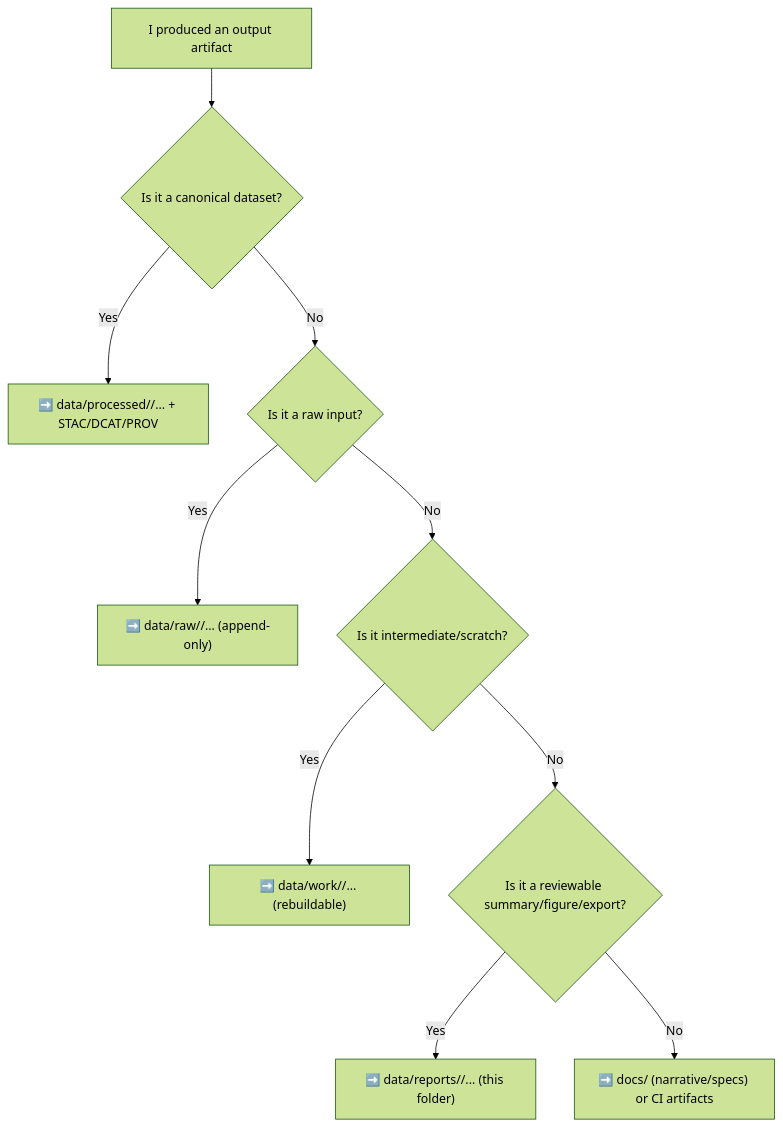
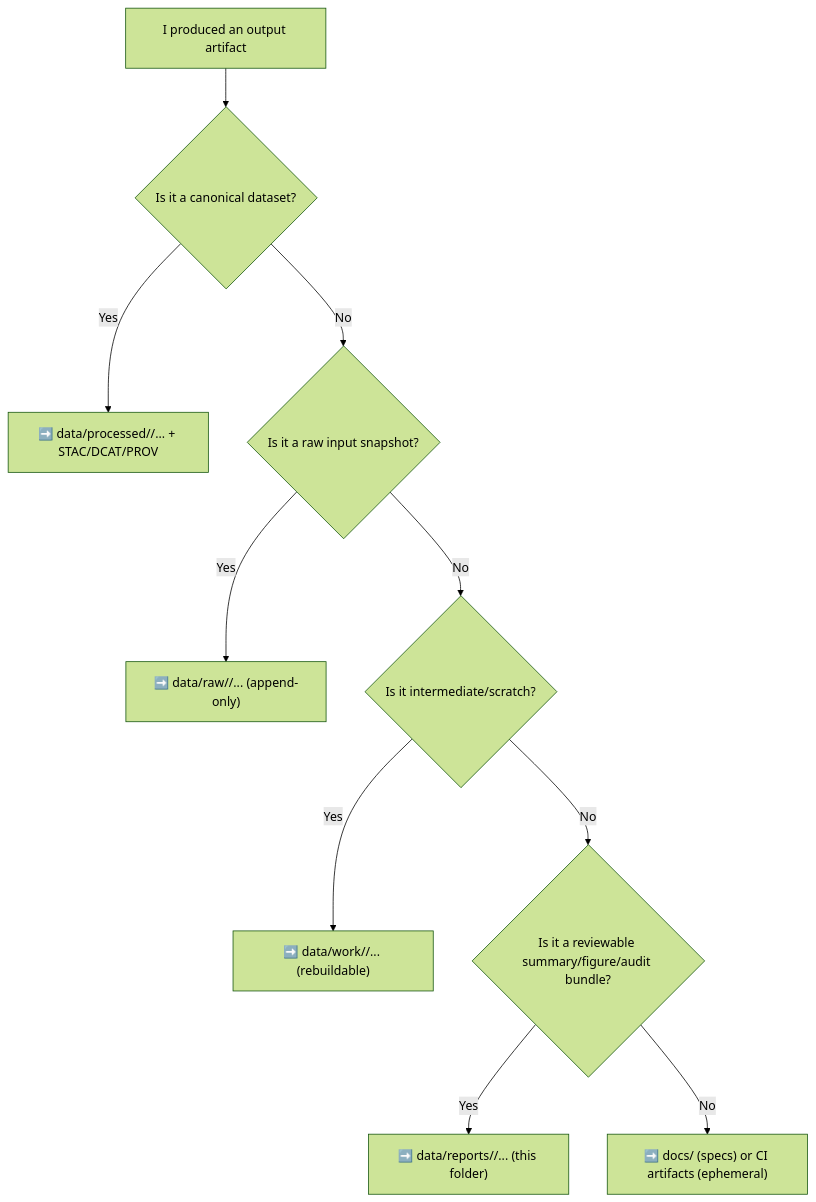
One commit to bartytime4life/Kansas-Frontier-Matrix changed the second of 2 diagrams in data/reports/README.md. Above: the diagram before and after it, drawn with Mermaid (forest theme). The commit also changed other lines of this file, not shown here.

````diff
--- a/data/reports/README.md
+++ b/data/reports/README.md
@@ -122,12 +140,12 @@
 ```mermaid
 flowchart TB
   A["I produced an output artifact"] --> B{Is it a canonical dataset?}
   B -->|Yes| C["➡️ data/processed/<domain>/... + STAC/DCAT/PROV"]
-  B -->|No| D{Is it a raw input?}
+  B -->|No| D{Is it a raw input snapshot?}
   D -->|Yes| E["➡️ data/raw/<domain>/... (append-only)"]
   D -->|No| F{Is it intermediate/scratch?}
   F -->|Yes| G["➡️ data/work/<domain>/... (rebuildable)"]
-  F -->|No| H{Is it a reviewable summary/figure/export?}
+  F -->|No| H{Is it a reviewable summary/figure/audit bundle?}
   H -->|Yes| I["➡️ data/reports/<domain>/... (this folder)"]
-  H -->|No| J["➡️ docs/ (narrative/specs) or CI artifacts"]
+  H -->|No| J["➡️ docs/ (specs) or CI artifacts (ephemeral)"]
 ```
````
